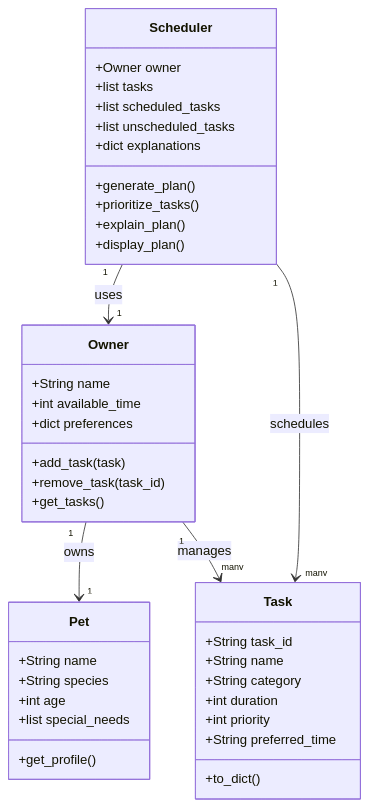
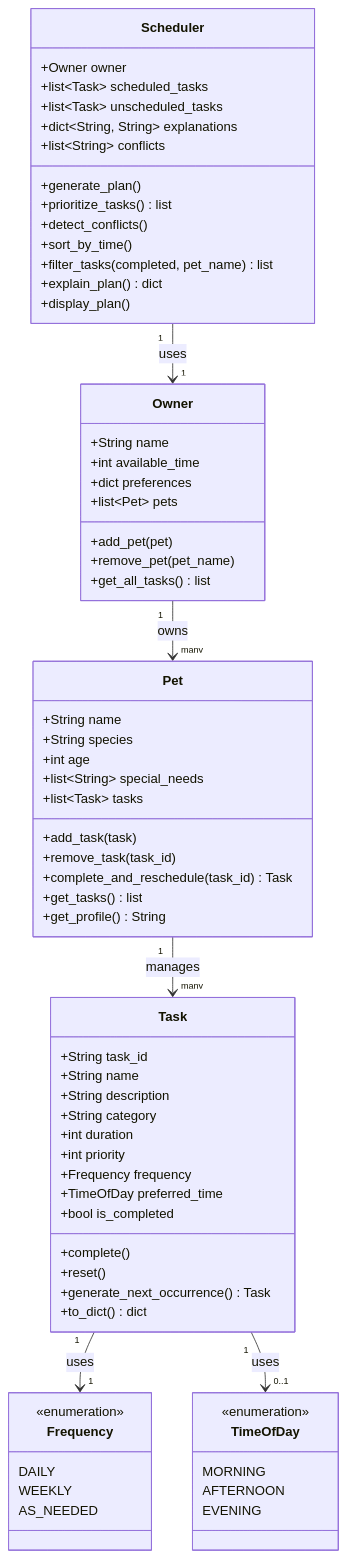
Before and after one commit to johnx4321/ai110-module2show-pawpal-starter: the diagram in uml_diagram.md, drawn with Mermaid. The commit also changed other lines of this file and 10 other files, not shown here.

````diff
--- a/uml_diagram.md
+++ b/uml_diagram.md
@@ -3,46 +3,76 @@
 ```mermaid
 classDiagram
-    class Owner {
+    class Frequency {
+        <<enumeration>>
+        DAILY
+        WEEKLY
+        AS_NEEDED
+    }
+
+    class TimeOfDay {
+        <<enumeration>>
+        MORNING
+        AFTERNOON
+        EVENING
+    }
+
+    class Task {
+        +String task_id
         +String name
-        +int available_time
-        +dict preferences
-        +add_task(task)
-        +remove_task(task_id)
-        +get_tasks()
+        +String description
+        +String category
+        +int duration
+        +int priority
+        +Frequency frequency
+        +TimeOfDay preferred_time
+        +bool is_completed
+        +complete()
+        +reset()
+        +generate_next_occurrence() Task
+        +to_dict() dict
     }
 
     class Pet {
         +String name
         +String species
         +int age
-        +list special_needs
-        +get_profile()
+        +list~String~ special_needs
+        +list~Task~ tasks
+        +add_task(task)
+        +remove_task(task_id)
+        +complete_and_reschedule(task_id) Task
+        +get_tasks() list
+        +get_profile() String
     }
 
-    class Task {
-        +String task_id
+    class Owner {
         +String name
-        +String category
-        +int duration
-        +int priority
-        +String preferred_time
-        +to_dict()
+        +int available_time
+        +dict preferences
+        +list~Pet~ pets
+        +add_pet(pet)
+        +remove_pet(pet_name)
+        +get_all_tasks() list
     }
 
     class Scheduler {
         +Owner owner
-        +list tasks
-        +list scheduled_tasks
-        +list unscheduled_tasks
-        +dict explanations
+        +list~Task~ scheduled_tasks
+        +list~Task~ unscheduled_tasks
+        +dict~String, String~ explanations
+        +list~String~ conflicts
         +generate_plan()
-        +prioritize_tasks()
-        +explain_plan()
+        +prioritize_tasks() list
+        +detect_conflicts()
+        +sort_by_time()
+        +filter_tasks(completed, pet_name) list
+        +explain_plan() dict
         +display_plan()
     }
 
-    Owner "1" --> "1" Pet : owns
-    Owner "1" --> "many" Task : manages
+    Owner "1" --> "many" Pet : owns
+    Pet "1" --> "many" Task : manages
     Scheduler "1" --> "1" Owner : uses
-    Scheduler "1" --> "many" Task : schedules
+    Task "1" --> "1" Frequency : uses
+    Task "1" --> "0..1" TimeOfDay : uses
 ```
````
